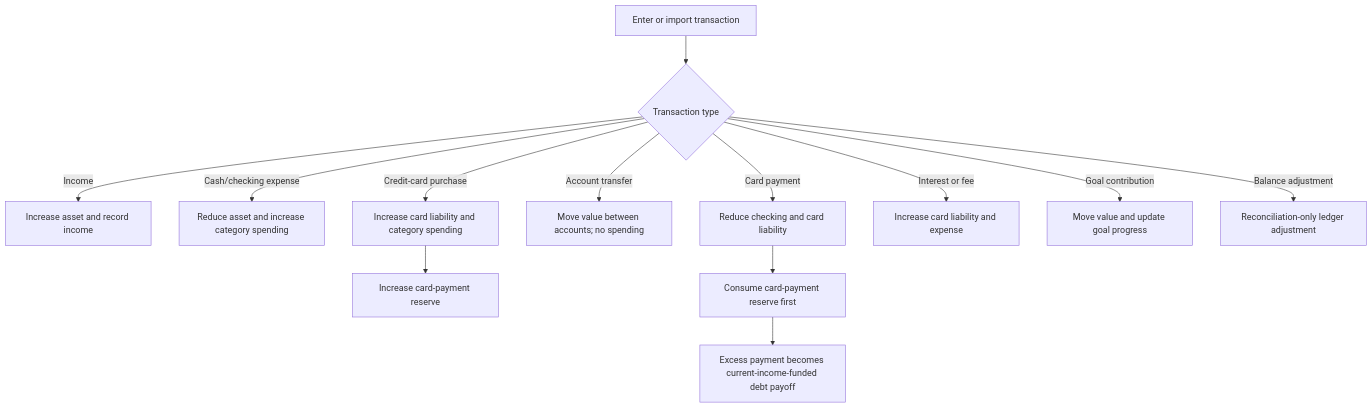
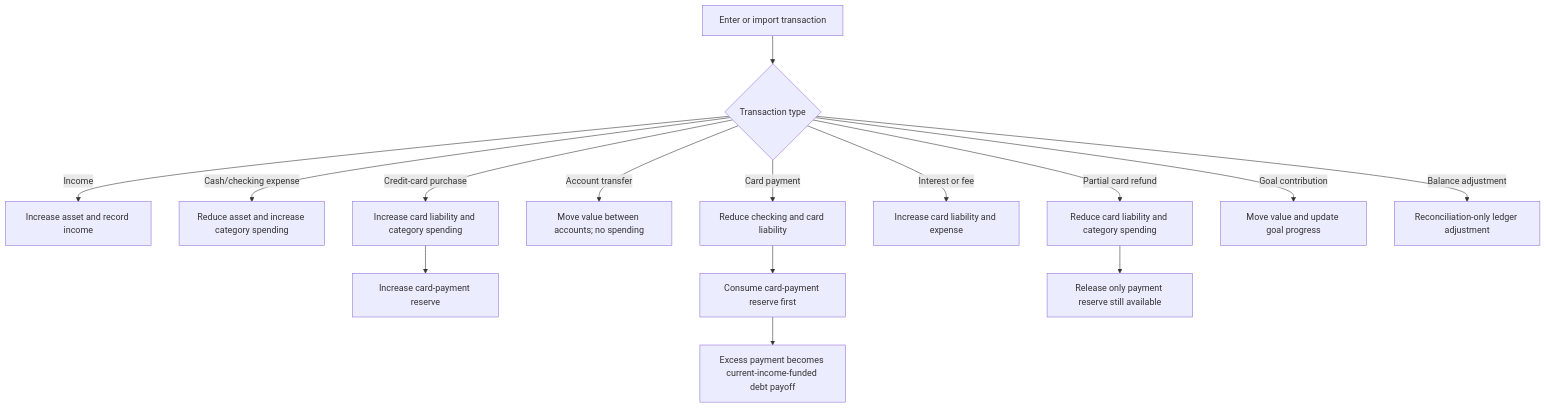
Before and after one commit to hnelson119/BudgetApp: the fourth of 11 diagrams in WORKFLOWS.md, drawn with Mermaid. The commit also changed other lines of this file and 57 other files, not shown here.

````diff
--- a/WORKFLOWS.md
+++ b/WORKFLOWS.md
@@ -73,15 +73,17 @@
 ```mermaid
 flowchart TD
     T[Enter or import transaction] --> K{Transaction type}
     K -->|Income| I[Increase asset and record income]
     K -->|Cash/checking expense| E[Reduce asset and increase category spending]
     K -->|Credit-card purchase| C[Increase card liability and category spending]
     C --> R[Increase card-payment reserve]
     K -->|Account transfer| X[Move value between accounts; no spending]
     K -->|Card payment| P[Reduce checking and card liability]
     P --> Q[Consume card-payment reserve first]
     Q --> D[Excess payment becomes current-income-funded debt payoff]
     K -->|Interest or fee| F[Increase card liability and expense]
+    K -->|Partial card refund| U[Reduce card liability and category spending]
+    U --> V[Release only payment reserve still available]
     K -->|Goal contribution| G[Move value and update goal progress]
     K -->|Balance adjustment| B[Reconciliation-only ledger adjustment]
 ```
````
